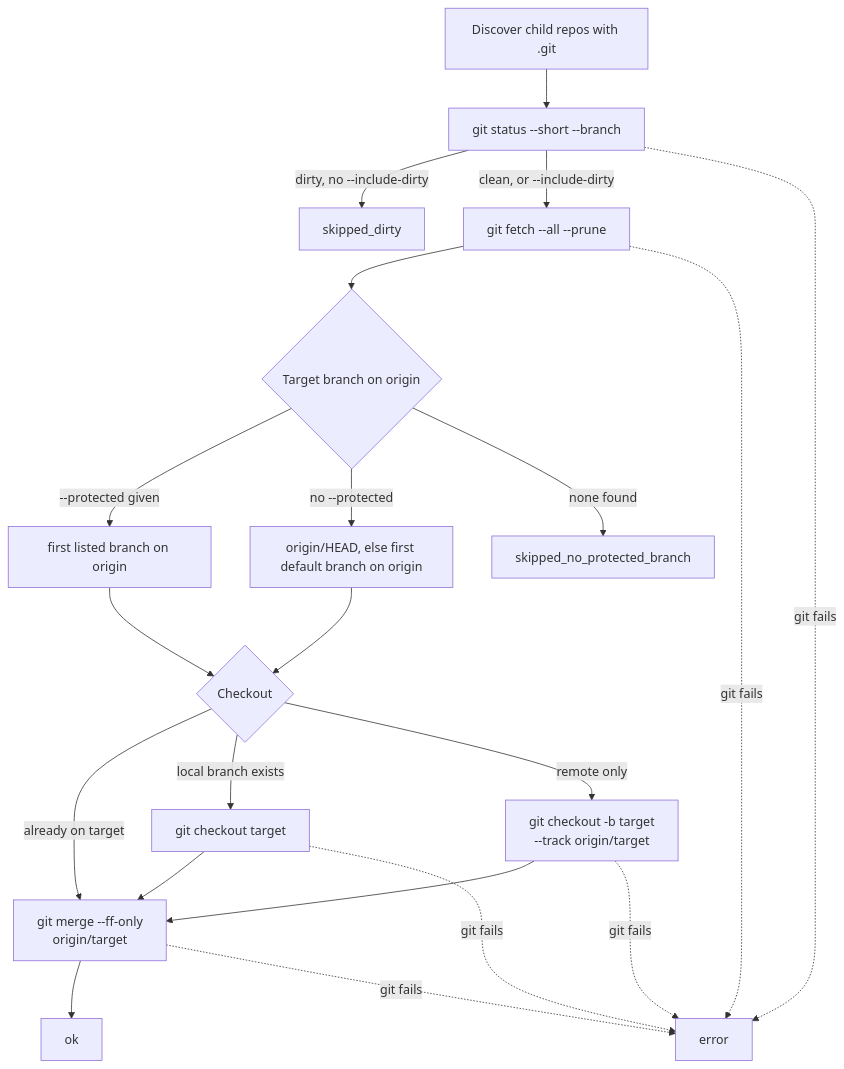
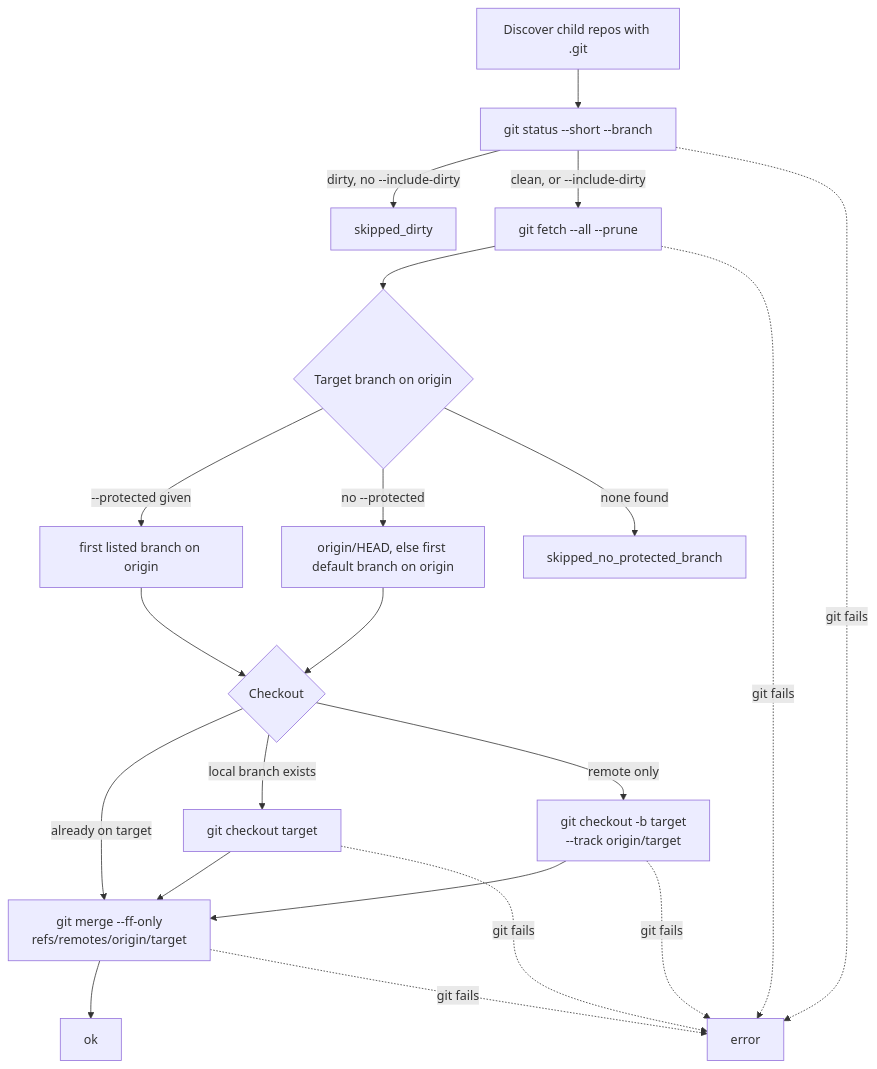
The diagram in packages/git-batch-cli/docs/commands.md (LanNguyenSi/agent-dx), drawn with Mermaid before and after one commit. The commit also changed other lines of this file and 2 other files, not shown here.

First line of the commit message:
fix(git-batch-cli): fetch once per git common dir, qualify merge ref, fall back to target fetch

````diff
--- a/packages/git-batch-cli/docs/commands.md
+++ b/packages/git-batch-cli/docs/commands.md
@@ -20,23 +20,23 @@
 ```mermaid
 flowchart TD
   D["Discover child repos with .git"] --> S["git status --short --branch"]
   S -->|"dirty, no --include-dirty"| SD["skipped_dirty"]
   S -->|"clean, or --include-dirty"| F["git fetch --all --prune"]
   F --> T{"Target branch on origin"}
   T -->|"--protected given"| TP["first listed branch on origin"]
   T -->|"no --protected"| TO["origin/HEAD, else first default branch on origin"]
   T -->|"none found"| SN["skipped_no_protected_branch"]
   TP --> C{"Checkout"}
   TO --> C
-  C -->|"already on target"| P["git merge --ff-only<br/>origin/target"]
+  C -->|"already on target"| P["git merge --ff-only<br/>refs/remotes/origin/target"]
   C -->|"local branch exists"| CL["git checkout target"]
   C -->|"remote only"| CR["git checkout -b target<br/>--track origin/target"]
   CL --> P
   CR --> P
   P --> OK["ok"]
   S -.->|"git fails"| E["error"]
   F -.->|"git fails"| E
   CL -.->|"git fails"| E
   CR -.->|"git fails"| E
   P -.->|"git fails"| E
 ```
````
